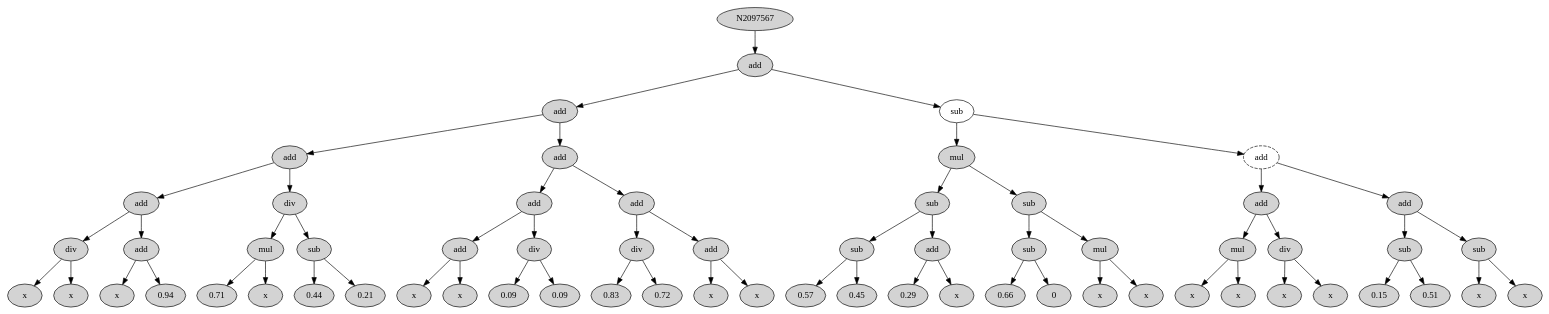
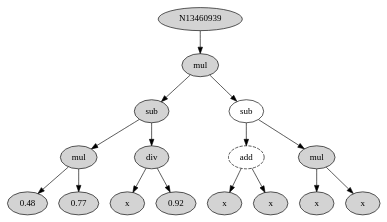
One commit to munifgebara/josilTs changed the diagram in report/best.dot. Above: the diagram before and after it, drawn with Graphviz. The commit also changed 45 other files, not shown here.

```diff
--- a/report/best.dot
+++ b/report/best.dot
@@ -1,129 +1,33 @@
- digraph G2097567 {
-N2097567[ style=filled  label="N2097567"];
-N2097567 -> N2097568;
-N2097568[ style=filled  label="add"];
-N2097568 -> N2097569;
-N2097569[ style=filled  label="add"];
-N2097569 -> N2097570;
-N2097570[ style=filled  label="add"];
-N2097570 -> N2097571;
-N2097571[ style=filled  label="add"];
-N2097571 -> N2097572;
-N2097572[ style=filled  label="div"];
-N2097572 -> N2097573;
-N2097573[ style=filled  label="x"];
-N2097572 -> N2097574;
-N2097574[ style=filled  label="x"];
-N2097571 -> N2097575;
-N2097575[ style=filled  label="add"];
-N2097575 -> N2097576;
-N2097576[ style=filled  label="x"];
-N2097575 -> N2097577;
-N2097577[ style=filled  label="0.94"];
-N2097570 -> N2097578;
-N2097578[ style=filled  label="div"];
-N2097578 -> N2097579;
-N2097579[ style=filled  label="mul"];
-N2097579 -> N2097580;
-N2097580[ style=filled  label="0.71"];
-N2097579 -> N2097581;
-N2097581[ style=filled  label="x"];
-N2097578 -> N2097582;
-N2097582[ style=filled  label="sub"];
-N2097582 -> N2097583;
-N2097583[ style=filled  label="0.44"];
-N2097582 -> N2097584;
-N2097584[ style=filled  label="0.21"];
-N2097569 -> N2097585;
-N2097585[ style=filled  label="add"];
-N2097585 -> N2097586;
-N2097586[ style=filled  label="add"];
-N2097586 -> N2097587;
-N2097587[ style=filled  label="add"];
-N2097587 -> N2097588;
-N2097588[ style=filled  label="x"];
-N2097587 -> N2097589;
-N2097589[ style=filled  label="x"];
-N2097586 -> N2097590;
-N2097590[ style=filled  label="div"];
-N2097590 -> N2097591;
-N2097591[ style=filled  label="0.09"];
-N2097590 -> N2097592;
-N2097592[ style=filled  label="0.09"];
-N2097585 -> N2097593;
-N2097593[ style=filled  label="add"];
-N2097593 -> N2097594;
-N2097594[ style=filled  label="div"];
-N2097594 -> N2097595;
-N2097595[ style=filled  label="0.83"];
-N2097594 -> N2097596;
-N2097596[ style=filled  label="0.72"];
-N2097593 -> N2097597;
-N2097597[ style=filled  label="add"];
-N2097597 -> N2097598;
-N2097598[ style=filled  label="x"];
-N2097597 -> N2097599;
-N2097599[ style=filled  label="x"];
-N2097568 -> N2097600;
-N2097600[ style=solid  label="sub"];
-N2097600 -> N2097601;
-N2097601[ style=filled  label="mul"];
-N2097601 -> N2097602;
-N2097602[ style=filled  label="sub"];
-N2097602 -> N2097603;
-N2097603[ style=filled  label="sub"];
-N2097603 -> N2097604;
-N2097604[ style=filled  label="0.57"];
-N2097603 -> N2097605;
-N2097605[ style=filled  label="0.45"];
-N2097602 -> N2097606;
-N2097606[ style=filled  label="add"];
-N2097606 -> N2097607;
-N2097607[ style=filled  label="0.29"];
-N2097606 -> N2097608;
-N2097608[ style=filled  label="x"];
-N2097601 -> N2097609;
-N2097609[ style=filled  label="sub"];
-N2097609 -> N2097610;
-N2097610[ style=filled  label="sub"];
-N2097610 -> N2097611;
-N2097611[ style=filled  label="0.66"];
-N2097610 -> N2097612;
-N2097612[ style=filled  label="0"];
-N2097609 -> N2097613;
-N2097613[ style=filled  label="mul"];
-N2097613 -> N2097614;
-N2097614[ style=filled  label="x"];
-N2097613 -> N2097615;
-N2097615[ style=filled  label="x"];
-N2097600 -> N2097665;
-N2097665[ style=dashed  label="add"];
-N2097665 -> N2097666;
-N2097666[ style=filled  label="add"];
-N2097666 -> N2097667;
-N2097667[ style=filled  label="mul"];
-N2097667 -> N2097668;
-N2097668[ style=filled  label="x"];
-N2097667 -> N2097669;
-N2097669[ style=filled  label="x"];
-N2097666 -> N2097670;
-N2097670[ style=filled  label="div"];
-N2097670 -> N2097671;
-N2097671[ style=filled  label="x"];
-N2097670 -> N2097672;
-N2097672[ style=filled  label="x"];
-N2097665 -> N2097673;
-N2097673[ style=filled  label="add"];
-N2097673 -> N2097674;
-N2097674[ style=filled  label="sub"];
-N2097674 -> N2097675;
-N2097675[ style=filled  label="0.15"];
-N2097674 -> N2097676;
-N2097676[ style=filled  label="0.51"];
-N2097673 -> N2097677;
-N2097677[ style=filled  label="sub"];
-N2097677 -> N2097678;
-N2097678[ style=filled  label="x"];
-N2097677 -> N2097679;
-N2097679[ style=filled  label="x"];
+ digraph G13460939 {
+N13460939[ style=filled  label="N13460939"];
+N13460939 -> N13460940;
+N13460940[ style=filled  label="mul"];
+N13460940 -> N13460941;
+N13460941[ style=filled  label="sub"];
+N13460941 -> N13460942;
+N13460942[ style=filled  label="mul"];
+N13460942 -> N13460943;
+N13460943[ style=filled  label="0.48"];
+N13460942 -> N13460944;
+N13460944[ style=filled  label="0.77"];
+N13460941 -> N13460945;
+N13460945[ style=filled  label="div"];
+N13460945 -> N13460946;
+N13460946[ style=filled  label="x"];
+N13460945 -> N13460947;
+N13460947[ style=filled  label="0.92"];
+N13460940 -> N13460948;
+N13460948[ style=solid  label="sub"];
+N13460948 -> N13460965;
+N13460965[ style=dashed  label="add"];
+N13460965 -> N13460966;
+N13460966[ style=filled  label="x"];
+N13460965 -> N13460967;
+N13460967[ style=filled  label="x"];
+N13460948 -> N13460952;
+N13460952[ style=filled  label="mul"];
+N13460952 -> N13460953;
+N13460953[ style=filled  label="x"];
+N13460952 -> N13460954;
+N13460954[ style=filled  label="x"];
 }
```
